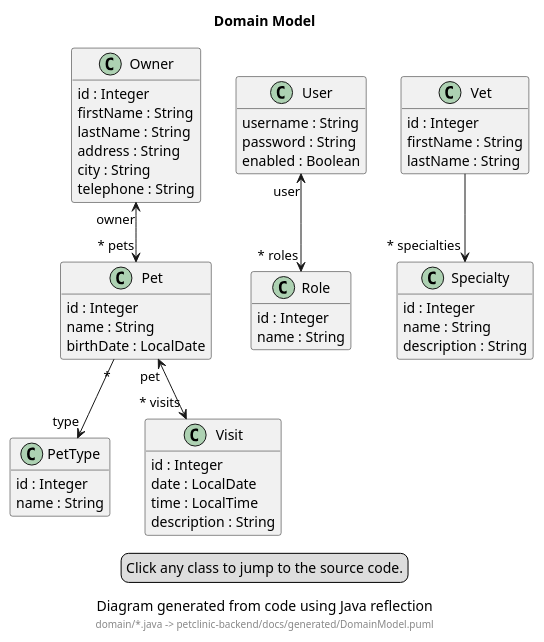
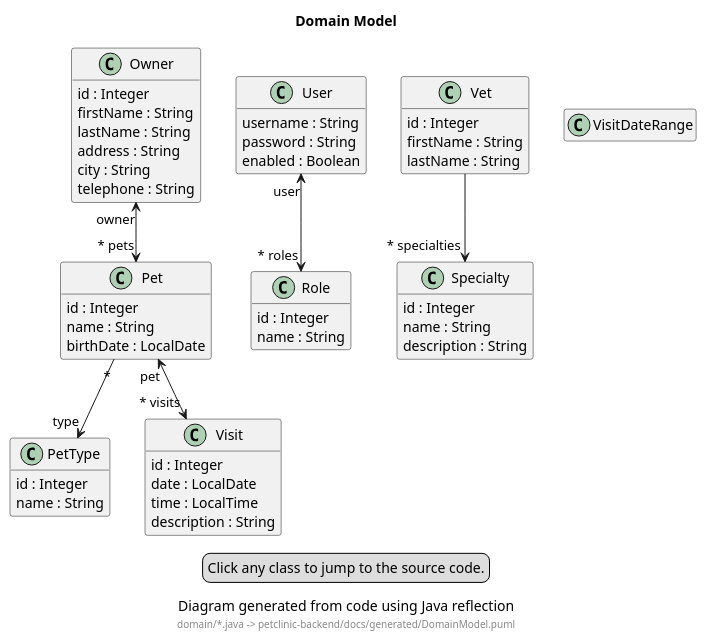
The diagram in petclinic-backend/docs/generated/DomainModel.puml (victorrentea/petclinic), drawn with PlantUML before and after one commit. The commit also changed 11 other files, not shown here.

First line of the commit message:
fix(visits): bound the visit date to the pet's lifetime (#40)

```diff
--- a/petclinic-backend/docs/generated/DomainModel.puml
+++ b/petclinic-backend/docs/generated/DomainModel.puml
@@ -1,64 +1,65 @@
 @startuml
 
 title Domain Model
 caption Diagram generated from code using Java reflection
 footer domain/*.java -> petclinic-backend/docs/generated/DomainModel.puml
 
 hide empty members
 skinparam classAttributeIconSize 0
 skinparam hyperlinkUnderline false
 skinparam hyperlinkColor #000000
 legend bottom
   Click any class to jump to the source code.
 end legend
 
 class Owner [[src://petclinic-backend/src/main/java/victor/training/petclinic/domain/Owner.java:28{Click to open in editor}]] {
   id : Integer
   firstName : String
   lastName : String
   address : String
   city : String
   telephone : String
 }
 class Pet [[src://petclinic-backend/src/main/java/victor/training/petclinic/domain/Pet.java:29{Click to open in editor}]] {
   id : Integer
   name : String
   birthDate : LocalDate
 }
 class PetType [[src://petclinic-backend/src/main/java/victor/training/petclinic/domain/PetType.java:8{Click to open in editor}]] {
   id : Integer
   name : String
 }
 class Role [[src://petclinic-backend/src/main/java/victor/training/petclinic/domain/Role.java:8{Click to open in editor}]] {
   id : Integer
   name : String
 }
 class Specialty [[src://petclinic-backend/src/main/java/victor/training/petclinic/domain/Specialty.java:7{Click to open in editor}]] {
   id : Integer
   name : String
   description : String
 }
 class User [[src://petclinic-backend/src/main/java/victor/training/petclinic/domain/User.java:11{Click to open in editor}]] {
   username : String
   password : String
   enabled : Boolean
 }
 class Vet [[src://petclinic-backend/src/main/java/victor/training/petclinic/domain/Vet.java:11{Click to open in editor}]] {
   id : Integer
   firstName : String
   lastName : String
 }
 class Visit [[src://petclinic-backend/src/main/java/victor/training/petclinic/domain/Visit.java:11{Click to open in editor}]] {
   id : Integer
   date : LocalDate
   time : LocalTime
   description : String
 }
+class VisitDateRange [[src://petclinic-backend/src/main/java/victor/training/petclinic/domain/VisitDateRange.java:9{Click to open in editor}]]
 
 Owner "owner" <--> "~* pets" Pet
 Pet "~*" --> "type" PetType
 Pet "pet" <--> "~* visits" Visit
 User "user" <--> "~* roles" Role
 Vet --> "~* specialties" Specialty
 
 @enduml
```
